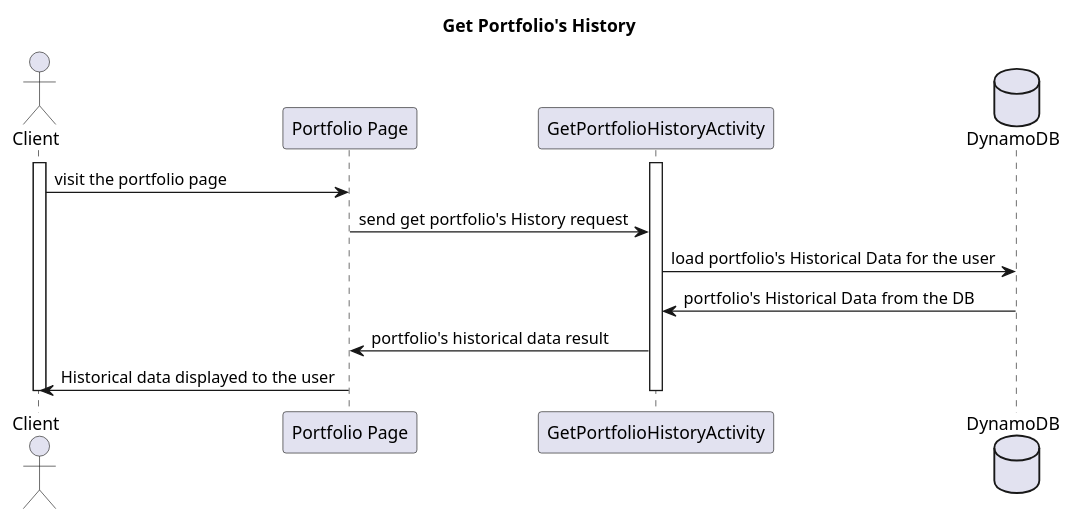
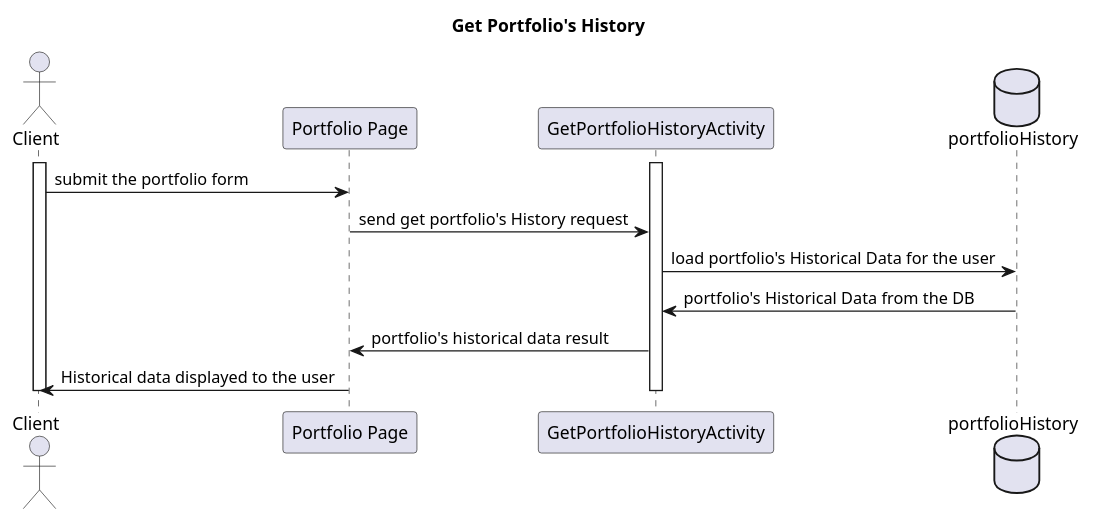
Before and after one commit to BloomTechBackend/bd-team-project-crypto-wizards: the diagram in resources/GetPortfolioHistory_SD.puml, drawn with PlantUML. The commit also changed 22 other files, not shown here.

Commit message:
Updated the sequence Diagrams with suggestions from Shannon

```diff
--- a/resources/GetPortfolioHistory_SD.puml
+++ b/resources/GetPortfolioHistory_SD.puml
@@ -1,18 +1,18 @@
 @startuml
 title Get Portfolio's History
 actor Client
 
 participant "Portfolio Page" as portfolioPage
 activate Client
 activate GetPortfolioHistoryActivity
-database DynamoDB
+database portfolioHistory
 
-Client -> portfolioPage : visit the portfolio page
+Client -> portfolioPage : submit the portfolio form
 portfolioPage -> GetPortfolioHistoryActivity :  send get portfolio's History request
-GetPortfolioHistoryActivity -> DynamoDB : load portfolio's Historical Data for the user
-DynamoDB -> GetPortfolioHistoryActivity : portfolio's Historical Data from the DB
+GetPortfolioHistoryActivity -> portfolioHistory : load portfolio's Historical Data for the user
+portfolioHistory -> GetPortfolioHistoryActivity : portfolio's Historical Data from the DB
 GetPortfolioHistoryActivity -> portfolioPage : portfolio's historical data result
 portfolioPage -> Client : Historical data displayed to the user
 deactivate Client
 deactivate GetPortfolioHistoryActivity
 @enduml
```
